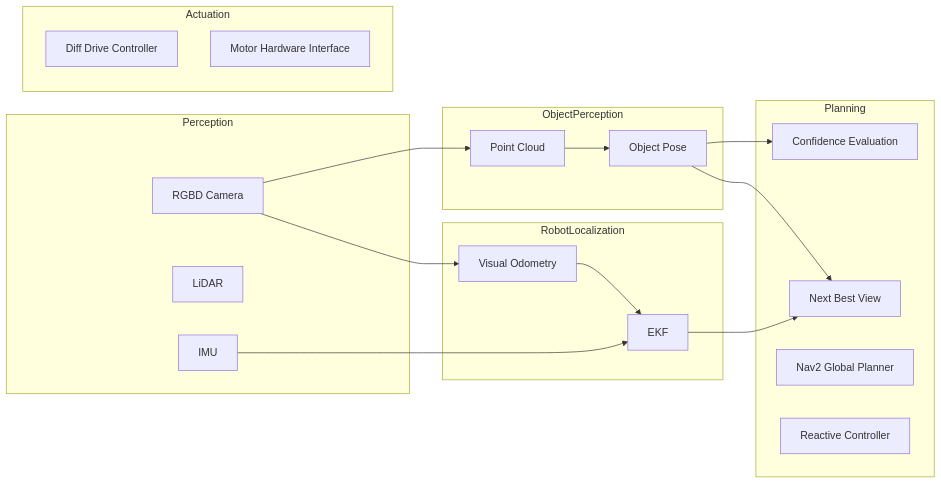
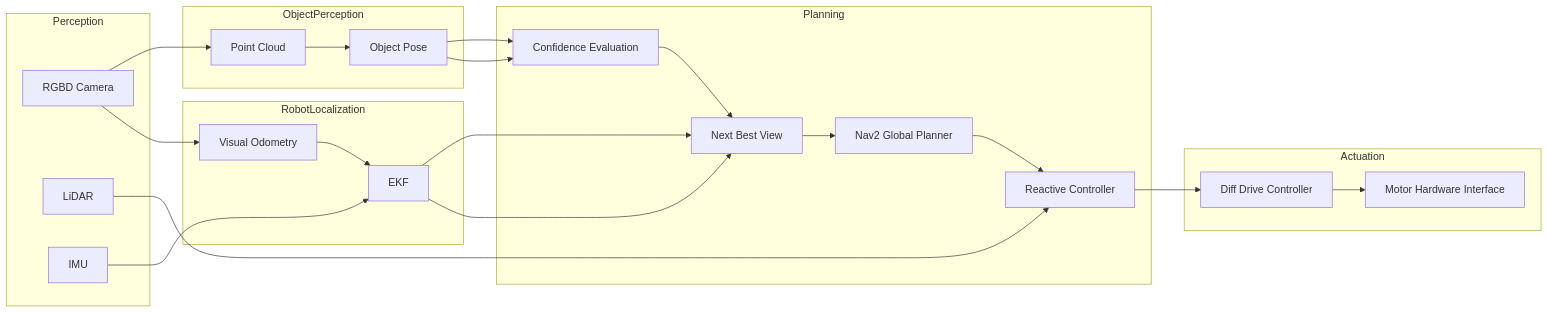
Before and after one commit to SeasonedLeo/RAS_Mobile_Robotics_Vision: the diagram in project/report1.md, drawn with Mermaid.

Commit message:
added localization arrows

````diff
--- a/project/report1.md
+++ b/project/report1.md
@@ -90,43 +90,54 @@
 ```mermaid
 flowchart LR
 
   subgraph Perception
     RGBD[RGBD Camera]
     LIDAR[LiDAR]
     IMU[IMU]
   end
 
   subgraph ObjectPerception
     PCP[Point Cloud]
     OPE[Object Pose]
   end
 
   subgraph RobotLocalization
     VO[Visual Odometry]
     EKF[EKF]
   end
   subgraph Planning
     CONF[Confidence Evaluation]
     NBV[Next Best View]
     NAV2[Nav2 Global Planner]
     RC[Reactive Controller]
   end
 
   subgraph Actuation
     DDC[Diff Drive Controller]
     MHI[Motor Hardware Interface]
   end
 
   %% Perception → Object perception
   RGBD --> PCP
   PCP --> OPE
   OPE --> CONF
 
   %% Perception → Localization
   RGBD --> VO
   IMU --> EKF
   VO --> EKF
   EKF --> NBV
-  OPE --> NBV
+
+  %% Estimation to planning
+  OPE --> CONF
+  CONF --> NBV
+  EKF --> NBV
+
+  %% Planning to actuation
+  NBV --> NAV2
+  NAV2 --> RC
+  LIDAR --> RC
+  RC --> DDC
+  DDC --> MHI
 
 ```
````
